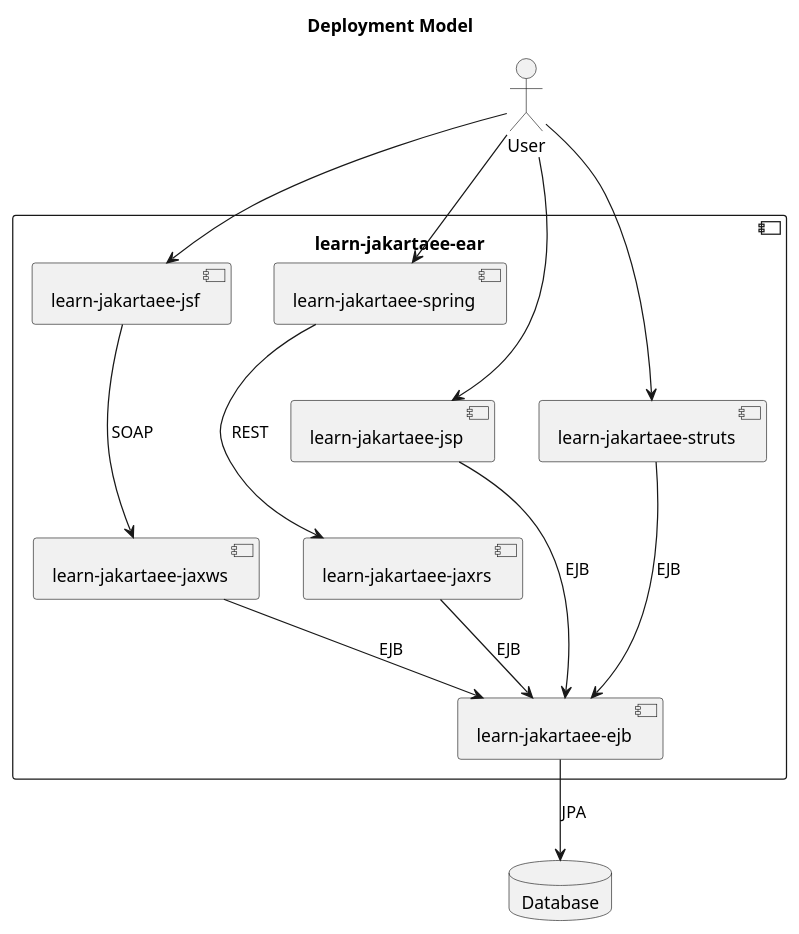
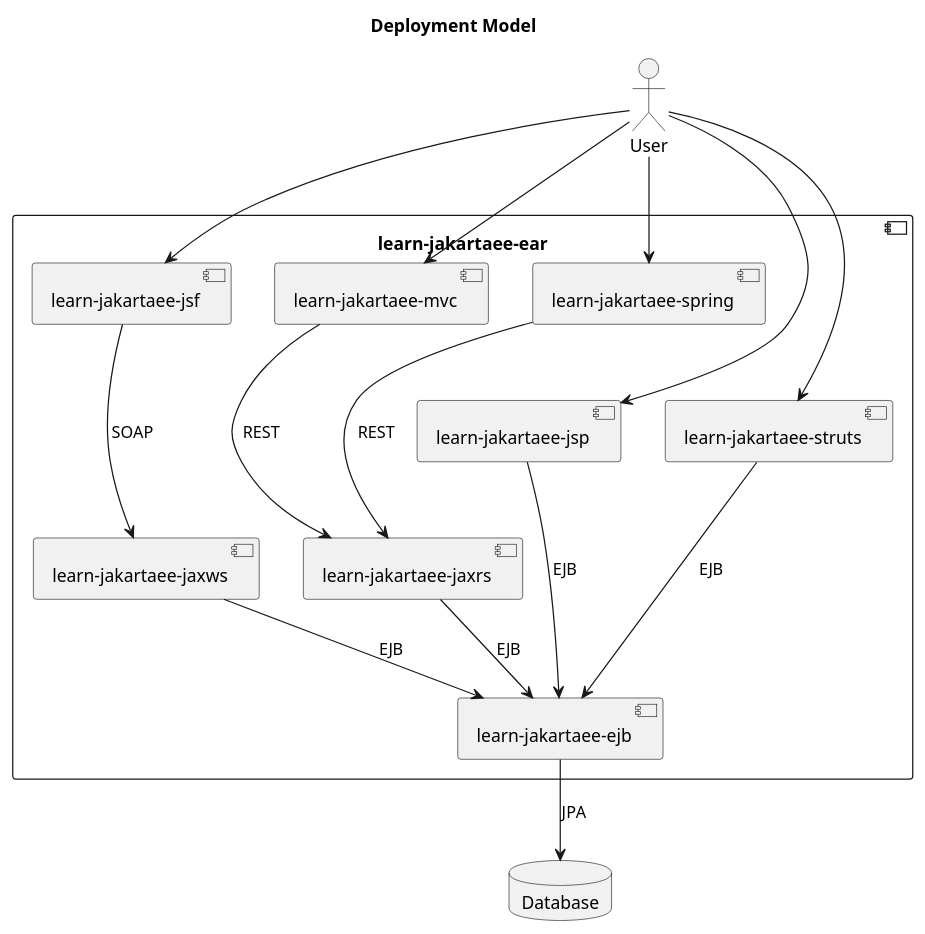
One commit to mpuening/learn-jakartaee changed the diagram in learn-jakartaee-docs/src/main/asciidoc/deployment-diagram.asciidoc. Above: the diagram before and after it, drawn with PlantUML. The commit also changed 2 other files, not shown here.

Commit message:
Plan for an mvc project

```diff
--- a/learn-jakartaee-docs/src/main/asciidoc/deployment-diagram.asciidoc
+++ b/learn-jakartaee-docs/src/main/asciidoc/deployment-diagram.asciidoc
@@ -30,37 +30,41 @@
 [plantuml,"deployment",png]
 ----
 @startuml
 title Deployment Model
 actor "User" as user
 component learn-jakartaee-ear {
 	component learn-jakartaee-jsp as jsp {
 	}
 	component learn-jakartaee-jsf as jsf {
 	}
 	component learn-jakartaee-struts as struts {
+	}
+	component learn-jakartaee-mvc as mvc {
 	}
 	component learn-jakartaee-spring as spring {
 	}
 	component "learn-jakartaee-jaxrs" as jaxrs {
 	}
 	component learn-jakartaee-jaxws as jaxws {
 	}
 	component "learn-jakartaee-ejb" as ejb {
 	}
 }
 database Database as db {
 }
 
 user --> spring
+user --> mvc
 user --> jsf
 user --> jsp
 user --> struts
 spring ---> jaxrs : REST
+mvc    ---> jaxrs : REST
 jsf    ---> jaxws : SOAP
 struts ---> ejb : EJB
 jsp    ---> ejb : EJB
 jaxrs --> ejb : EJB
 jaxws --> ejb : EJB
 ejb   --> db : JPA
 @enduml
 ----
```
